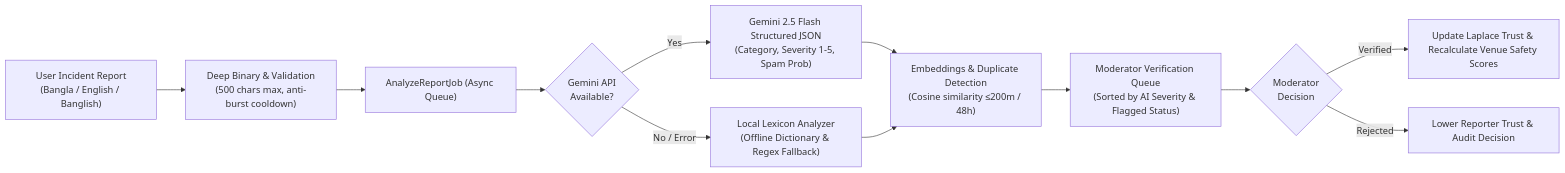
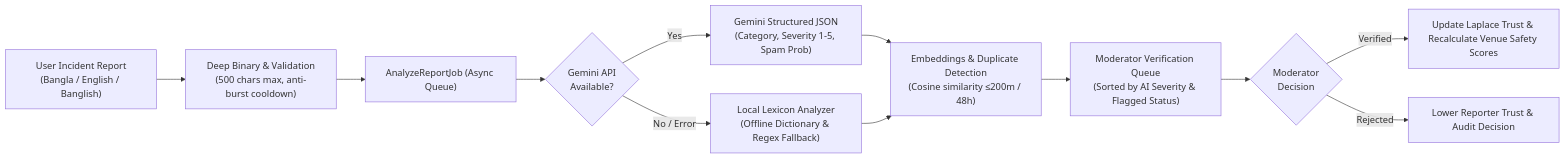
The second of 3 diagrams in README.md (mahmud2305341525-dot/nightlifebd), drawn with Mermaid before and after one commit. The commit also changed other lines of this file and 107 other files, not shown here.

````diff
--- a/README.md
+++ b/README.md
@@ -66,14 +66,14 @@
 ```mermaid
 flowchart LR
     A["User Incident Report<br/>(Bangla / English / Banglish)"] --> B["Deep Binary & Validation<br/>(500 chars max, anti-burst cooldown)"]
     B --> C["AnalyzeReportJob (Async Queue)"]
     C --> D{"Gemini API<br/>Available?"}
-    D -- Yes --> E["Gemini 2.5 Flash Structured JSON<br/>(Category, Severity 1-5, Spam Prob)"]
+    D -- Yes --> E["Gemini Structured JSON<br/>(Category, Severity 1-5, Spam Prob)"]
     D -- No / Error --> F["Local Lexicon Analyzer<br/>(Offline Dictionary & Regex Fallback)"]
     E --> G["Embeddings & Duplicate Detection<br/>(Cosine similarity &le;200m / 48h)"]
     F --> G
     G --> H["Moderator Verification Queue<br/>(Sorted by AI Severity & Flagged Status)"]
     H --> I{"Moderator<br/>Decision"}
     I -- Verified --> J["Update Laplace Trust & Recalculate Venue Safety Scores"]
     I -- Rejected --> K["Lower Reporter Trust & Audit Decision"]
 ```
````
